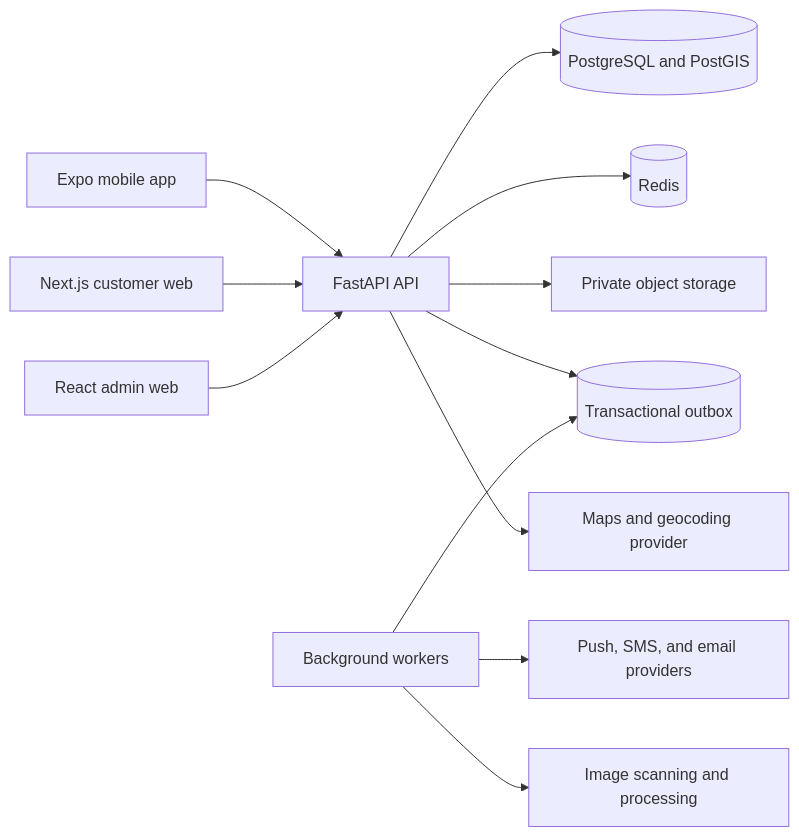
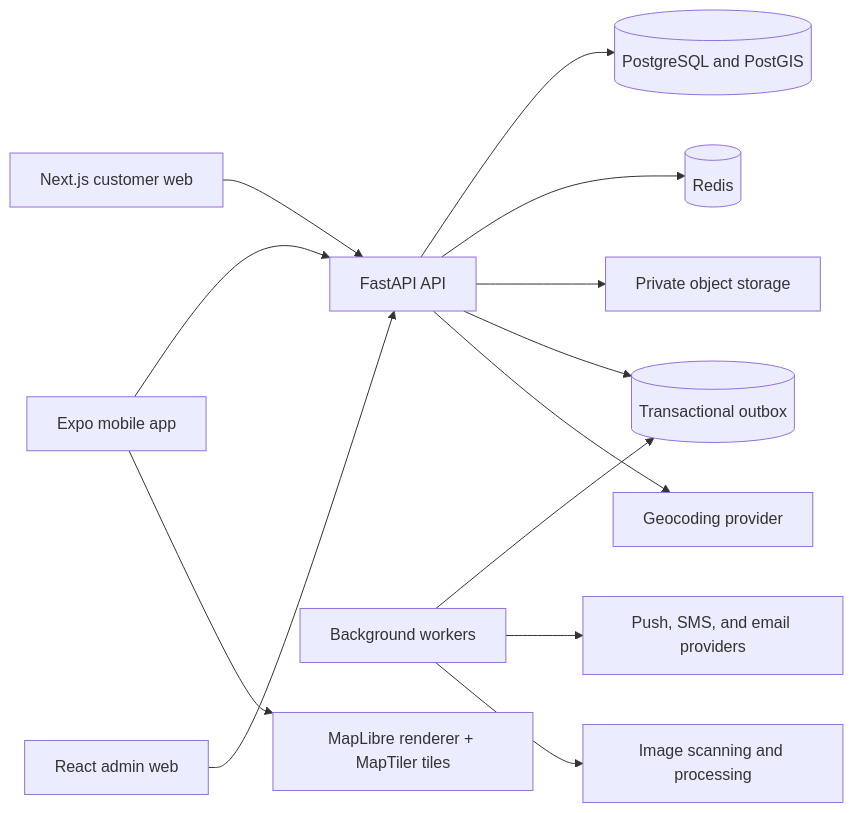
Before and after one commit to sarvantechy/4by4-forhire: the second of 2 diagrams in docs/TECHNICAL_ARCHITECTURE.md, drawn with Mermaid. The commit also changed other lines of this file and 144 other files, not shown here.

````diff
--- a/docs/TECHNICAL_ARCHITECTURE.md
+++ b/docs/TECHNICAL_ARCHITECTURE.md
@@ -33,14 +33,15 @@
 ```mermaid
 flowchart LR
     Mobile[Expo mobile app] --> API[FastAPI API]
   Web[Next.js customer web] --> API
     Admin[React admin web] --> API
     API --> DB[(PostgreSQL and PostGIS)]
     API --> Redis[(Redis)]
     API --> Objects[Private object storage]
     API --> Outbox[(Transactional outbox)]
     Worker[Background workers] --> Outbox
     Worker --> Notify[Push, SMS, and email providers]
     Worker --> Media[Image scanning and processing]
-    API --> Maps[Maps and geocoding provider]
+    Mobile --> Maps[MapLibre renderer + MapTiler tiles]
+    API --> Geocoding[Geocoding provider]
 ```
````
